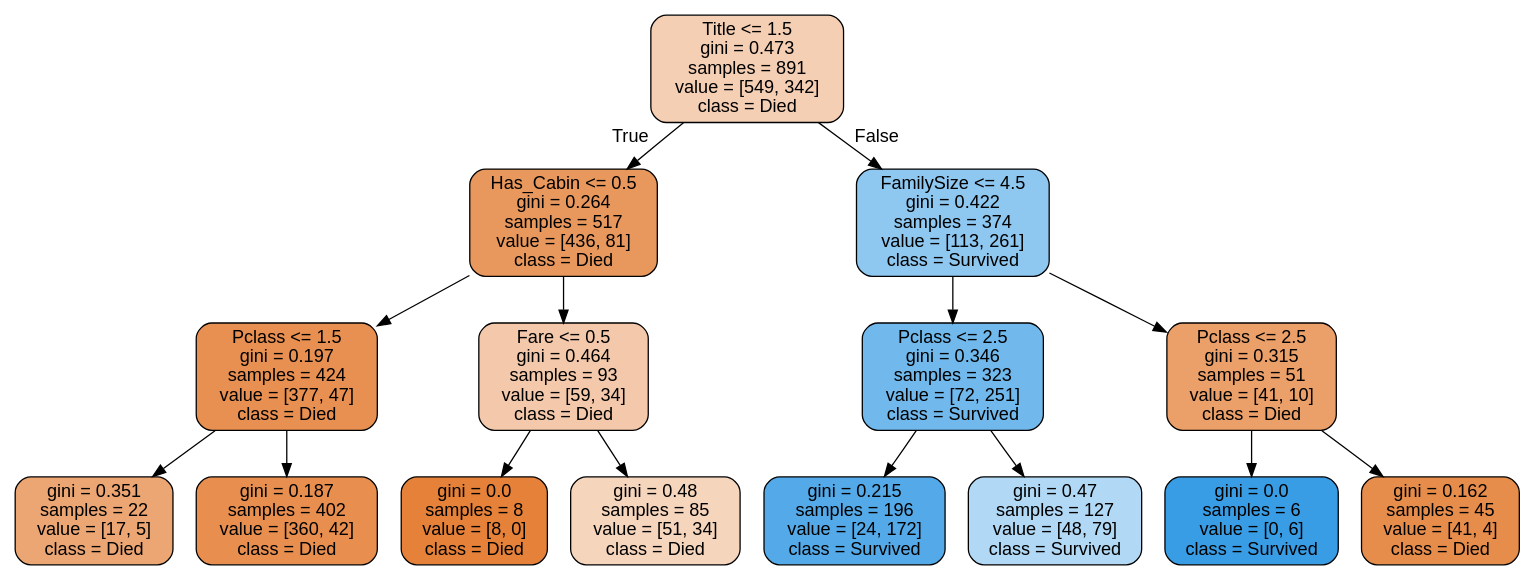
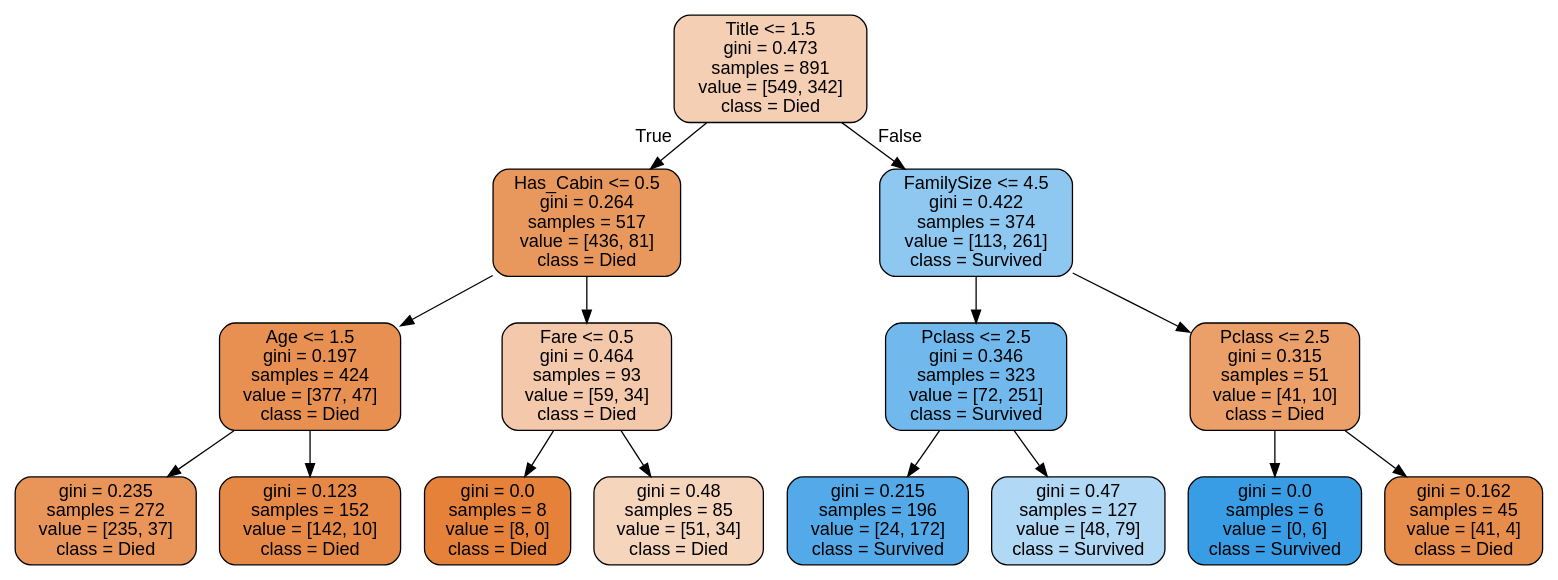
Before and after one commit to yyxtreme/ML-TitanicDataset: the diagram in tree1.dot, drawn with Graphviz. The commit also changed 2 other files, not shown here.

```diff
--- a/tree1.dot
+++ b/tree1.dot
@@ -1,33 +1,33 @@
 digraph Tree {
 node [shape=box, style="filled, rounded", color="black", fontname=helvetica] ;
 edge [fontname=helvetica] ;
 0 [label="Title <= 1.5\ngini = 0.473\nsamples = 891\nvalue = [549, 342]\nclass = Died", fillcolor="#e5813960"] ;
 1 [label="Has_Cabin <= 0.5\ngini = 0.264\nsamples = 517\nvalue = [436, 81]\nclass = Died", fillcolor="#e58139d0"] ;
 0 -> 1 [labeldistance=2.5, labelangle=45, headlabel="True"] ;
-2 [label="Pclass <= 1.5\ngini = 0.197\nsamples = 424\nvalue = [377, 47]\nclass = Died", fillcolor="#e58139df"] ;
+2 [label="Age <= 1.5\ngini = 0.197\nsamples = 424\nvalue = [377, 47]\nclass = Died", fillcolor="#e58139df"] ;
 1 -> 2 ;
-3 [label="gini = 0.351\nsamples = 22\nvalue = [17, 5]\nclass = Died", fillcolor="#e58139b4"] ;
+3 [label="gini = 0.235\nsamples = 272\nvalue = [235, 37]\nclass = Died", fillcolor="#e58139d7"] ;
 2 -> 3 ;
-4 [label="gini = 0.187\nsamples = 402\nvalue = [360, 42]\nclass = Died", fillcolor="#e58139e1"] ;
+4 [label="gini = 0.123\nsamples = 152\nvalue = [142, 10]\nclass = Died", fillcolor="#e58139ed"] ;
 2 -> 4 ;
 5 [label="Fare <= 0.5\ngini = 0.464\nsamples = 93\nvalue = [59, 34]\nclass = Died", fillcolor="#e581396c"] ;
 1 -> 5 ;
 6 [label="gini = 0.0\nsamples = 8\nvalue = [8, 0]\nclass = Died", fillcolor="#e58139ff"] ;
 5 -> 6 ;
 7 [label="gini = 0.48\nsamples = 85\nvalue = [51, 34]\nclass = Died", fillcolor="#e5813955"] ;
 5 -> 7 ;
 8 [label="FamilySize <= 4.5\ngini = 0.422\nsamples = 374\nvalue = [113, 261]\nclass = Survived", fillcolor="#399de591"] ;
 0 -> 8 [labeldistance=2.5, labelangle=-45, headlabel="False"] ;
 9 [label="Pclass <= 2.5\ngini = 0.346\nsamples = 323\nvalue = [72, 251]\nclass = Survived", fillcolor="#399de5b6"] ;
 8 -> 9 ;
 10 [label="gini = 0.215\nsamples = 196\nvalue = [24, 172]\nclass = Survived", fillcolor="#399de5db"] ;
 9 -> 10 ;
 11 [label="gini = 0.47\nsamples = 127\nvalue = [48, 79]\nclass = Survived", fillcolor="#399de564"] ;
 9 -> 11 ;
 12 [label="Pclass <= 2.5\ngini = 0.315\nsamples = 51\nvalue = [41, 10]\nclass = Died", fillcolor="#e58139c1"] ;
 8 -> 12 ;
 13 [label="gini = 0.0\nsamples = 6\nvalue = [0, 6]\nclass = Survived", fillcolor="#399de5ff"] ;
 12 -> 13 ;
 14 [label="gini = 0.162\nsamples = 45\nvalue = [41, 4]\nclass = Died", fillcolor="#e58139e6"] ;
 12 -> 14 ;
 }
```
